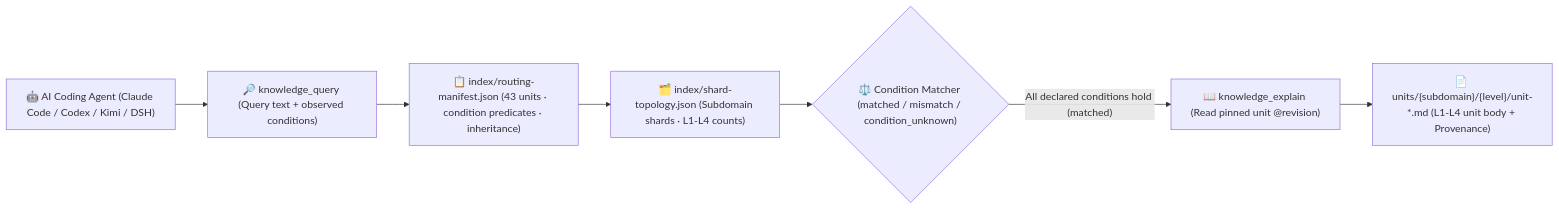
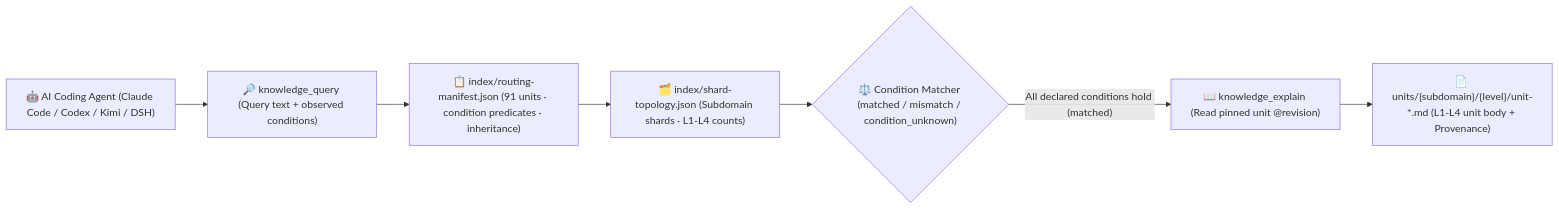
Before and after one commit to mindie-agent/knowledge-vllm-ascend: the diagram in README.en.md, drawn with Mermaid. The commit also changed other lines of this file and 2353 other files, not shown here.

````diff
--- a/README.en.md
+++ b/README.en.md
@@ -100,13 +100,13 @@
 ```mermaid
 flowchart LR
   Agent["🤖 AI Coding Agent (Claude Code / Codex / Kimi / DSH)"]
   Query["🔎 knowledge_query (Query text + observed conditions)"]
-  Manifest["📋 index/routing-manifest.json (43 units · condition predicates · inheritance)"]
+  Manifest["📋 index/routing-manifest.json (91 units · condition predicates · inheritance)"]
   Topology["🗂️ index/shard-topology.json (Subdomain shards · L1-L4 counts)"]
   Match{"⚖️ Condition Matcher (matched / mismatch / condition_unknown)"}
   Explain["📖 knowledge_explain (Read pinned unit @revision)"]
   Units["📄 units/{subdomain}/{level}/unit-*.md (L1-L4 unit body + Provenance)"]
 
   Agent --> Query --> Manifest --> Topology --> Match
   Match -- "All declared conditions hold (matched)" --> Explain --> Units
 ```
````
